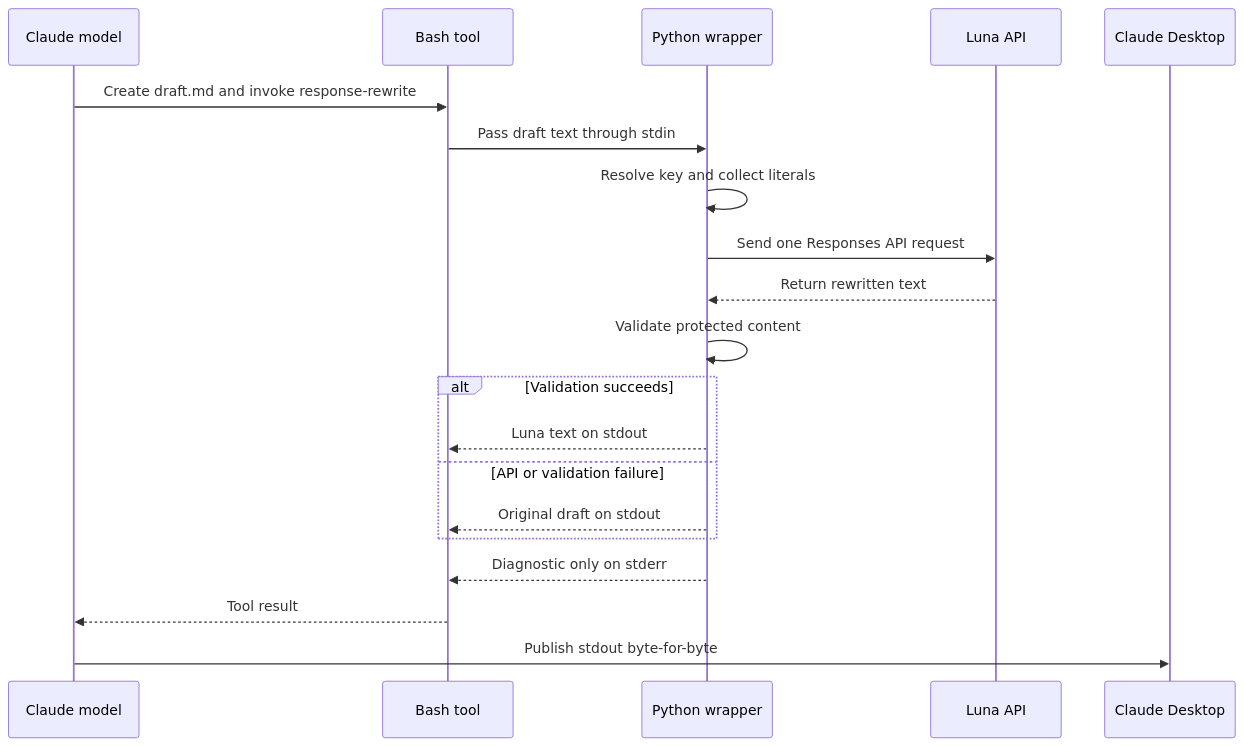
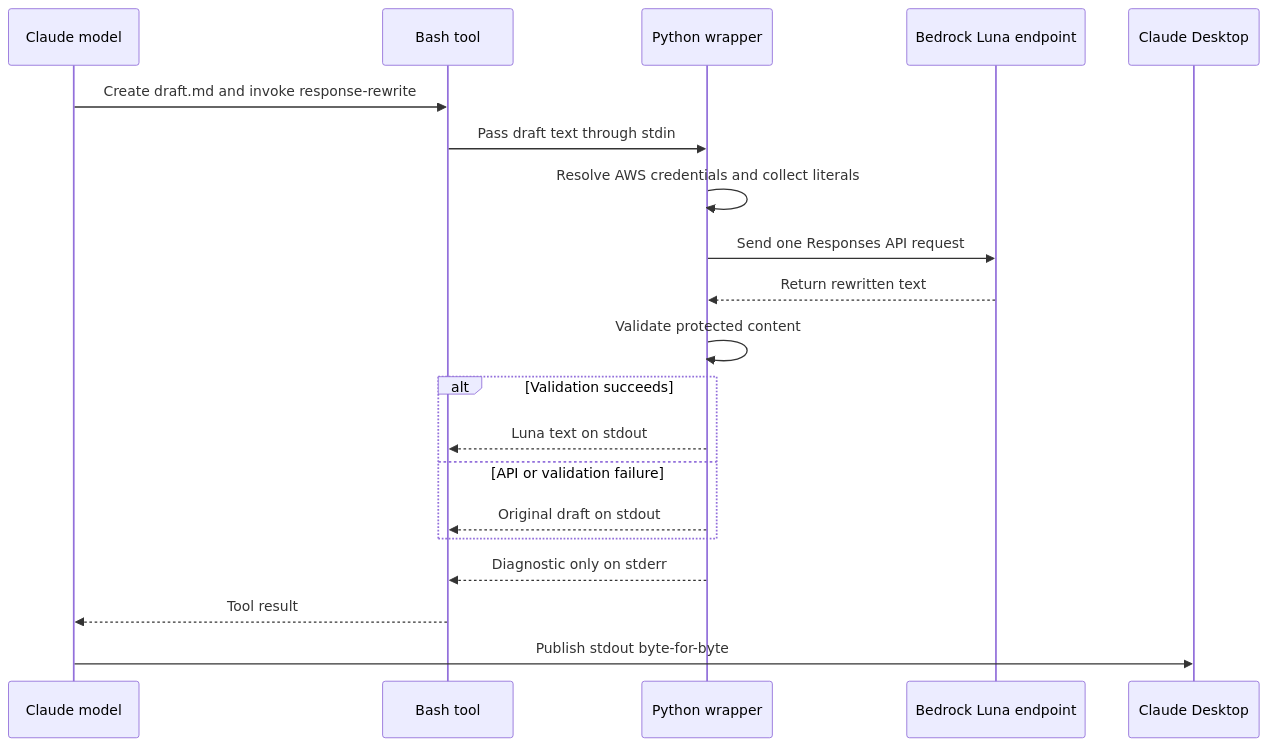
Before and after one commit to slashr/claude-response-tuning: the second of 2 diagrams in claude-response-tuning.md, drawn with Mermaid. The commit also changed other lines of this file and 6 other files, not shown here.

````diff
--- a/claude-response-tuning.md
+++ b/claude-response-tuning.md
@@ -200,23 +195,23 @@
 ```mermaid
 sequenceDiagram
     participant C as Claude model
     participant S as Bash tool
     participant W as Python wrapper
-    participant L as Luna API
+    participant L as Bedrock Luna endpoint
     participant D as Claude Desktop
 
     C->>S: Create draft.md and invoke response-rewrite
     S->>W: Pass draft text through stdin
-    W->>W: Resolve key and collect literals
+    W->>W: Resolve AWS credentials and collect literals
     W->>L: Send one Responses API request
     L-->>W: Return rewritten text
     W->>W: Validate protected content
     alt Validation succeeds
         W-->>S: Luna text on stdout
     else API or validation failure
         W-->>S: Original draft on stdout
     end
     W-->>S: Diagnostic only on stderr
     S-->>C: Tool result
     C->>D: Publish stdout byte-for-byte
 ```
````
